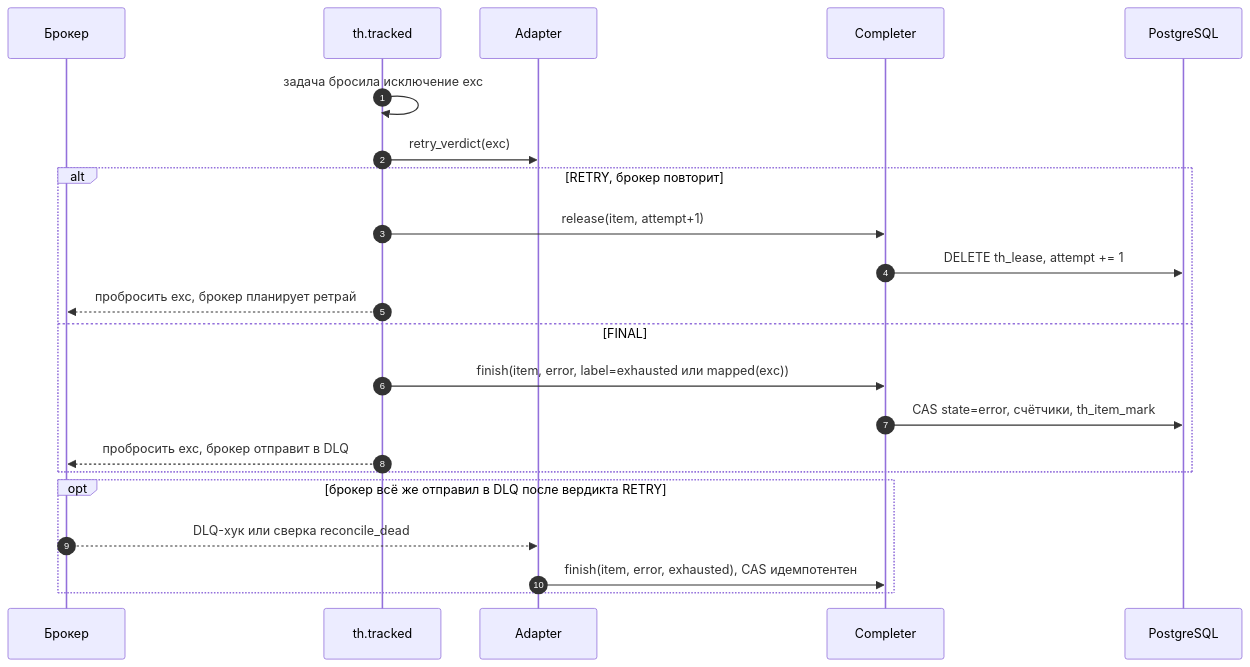
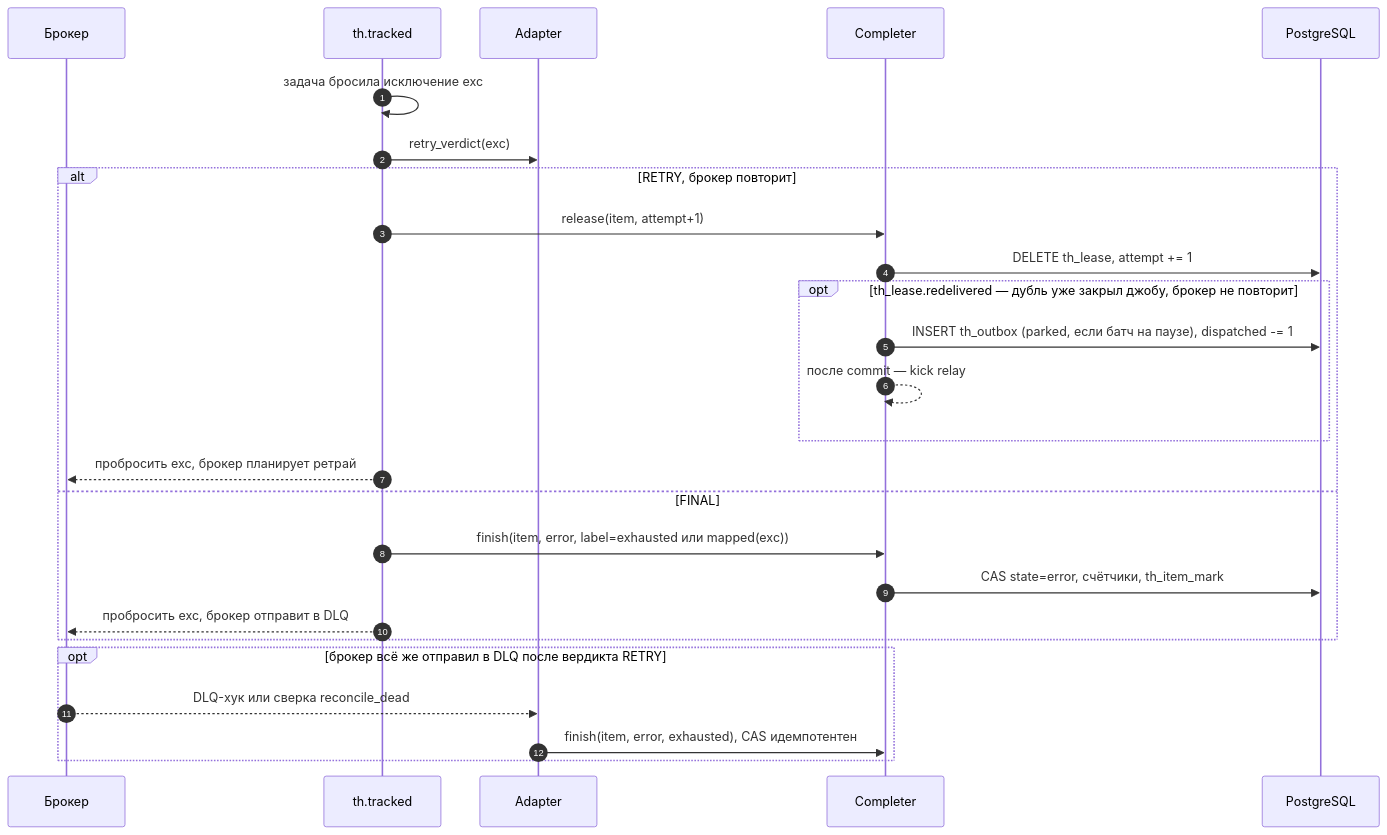
Before and after one commit to 0cherednoq/Tallyho: diagram 16 of 39 in docs/ARCHITECTURE.md, drawn with Mermaid. The commit also changed other lines of this file and 1 other file, not shown here.

First line of the commit message:
Fix-7: описать возврат Item в outbox после подтверждённого дубля

````diff
--- a/docs/ARCHITECTURE.md
+++ b/docs/ARCHITECTURE.md
@@ -945,25 +950,29 @@
 ```mermaid
 sequenceDiagram
     autonumber
     participant B as Брокер
     participant MW as th.tracked
     participant A as Adapter
     participant C as Completer
     participant DB as PostgreSQL
 
     MW->>MW: задача бросила исключение exc
     MW->>A: retry_verdict(exc)
     alt RETRY, брокер повторит
         MW->>C: release(item, attempt+1)
         C->>DB: DELETE th_lease, attempt += 1
+        opt th_lease.redelivered — дубль уже закрыл джобу, брокер не повторит
+            C->>DB: INSERT th_outbox (parked, если батч на паузе), dispatched -= 1
+            C-->>C: после commit — kick relay
+        end
         MW-->>B: пробросить exc, брокер планирует ретрай
     else FINAL
         MW->>C: finish(item, error, label=exhausted или mapped(exc))
         C->>DB: CAS state=error, счётчики, th_item_mark
         MW-->>B: пробросить exc, брокер отправит в DLQ
     end
     opt брокер всё же отправил в DLQ после вердикта RETRY
         B-->>A: DLQ-хук или сверка reconcile_dead
         A->>C: finish(item, error, exhausted), CAS идемпотентен
     end
 ```
````
